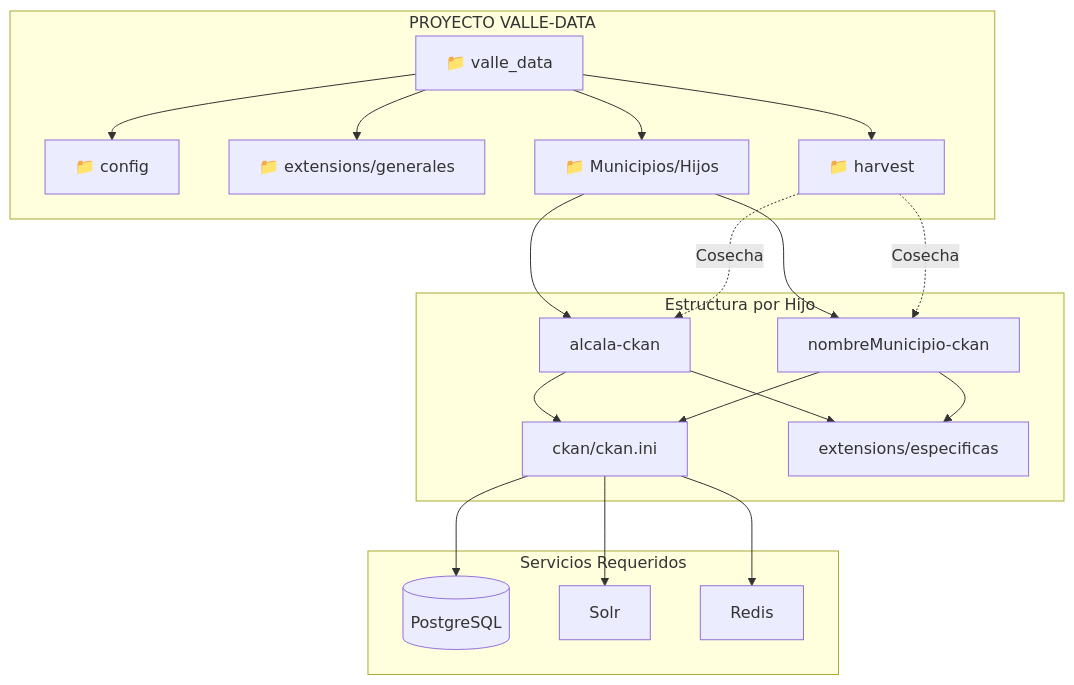
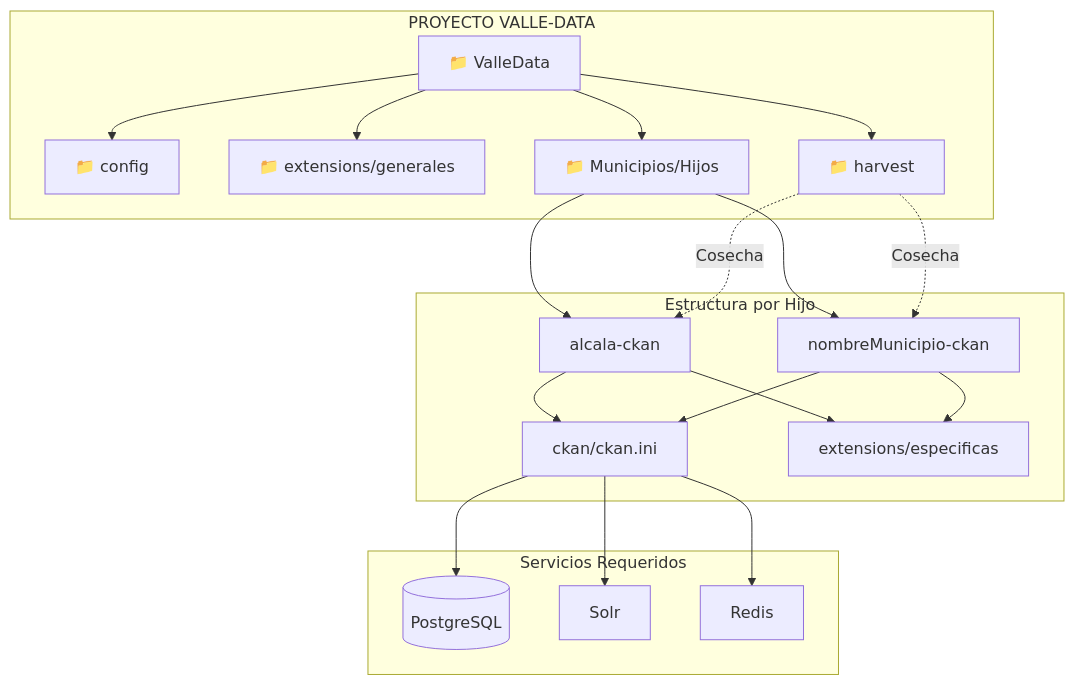
Before and after one commit to jumargo73/ValleData: the diagram in README.md, drawn with Mermaid. The commit also changed other lines of this file and 9 other files, not shown here.

````diff
--- a/README.md
+++ b/README.md
@@ -5,29 +5,29 @@
 ```mermaid
 graph TD
     subgraph central ["PROYECTO VALLE-DATA"]
-        Root[📁 valle_data] --> Conf[📁 config]
+        Root[📁 ValleData] --> Conf[📁 config]
         Root --> ExtG[📁 extensions/generales]
         Root --> Harv[📁 harvest]
         Root --> Hijos[📁 Municipios/Hijos]
     end
 
     subgraph estructura ["Estructura por Hijo"]
         Hijos --> Alcala[alcala-ckan]
         Hijos --> Gen[nombreMunicipio-ckan]
         
         Alcala --> HCore[ckan/ckan.ini]
         Alcala --> HExt[extensions/especificas]
         
         Gen --> HCore
         Gen --> HExt
     end
 
     subgraph servicios ["Servicios Requeridos"]
         HCore --> DB[(PostgreSQL)]
         HCore --> Solr[Solr]
         HCore --> Redis[Redis]
     end
 
     Harv -.->|Cosecha| Alcala
     Harv -.->|Cosecha| Gen
 ```
````
